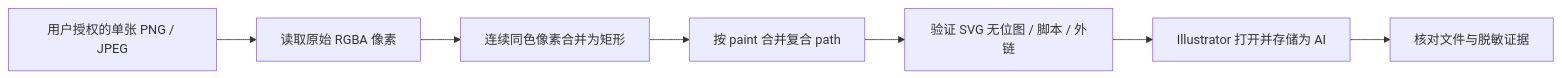
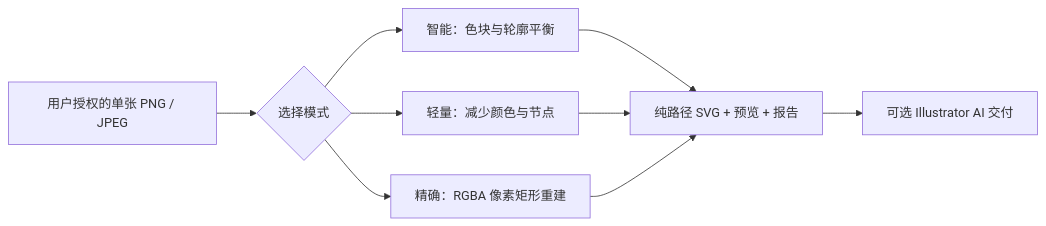
One commit to jianbaorui07-dot/Codex-Integration-with-Creative-Industry-Software changed the first of 2 diagrams in README.md. Above: the diagram before and after it, drawn with Mermaid. The commit also changed other lines of this file and 20 other files, not shown here.

````diff
--- a/README.md
+++ b/README.md
@@ -14,9 +14,11 @@
 ```mermaid
 flowchart LR
-  A["用户授权的单张 PNG / JPEG"] --> B["读取原始 RGBA 像素"]
-  B --> C["连续同色像素合并为矩形"]
-  C --> D["按 paint 合并复合 path"]
-  D --> E["验证 SVG 无位图 / 脚本 / 外链"]
-  E --> F["Illustrator 打开并存储为 AI"]
-  F --> G["核对文件与脱敏证据"]
+  A["用户授权的单张 PNG / JPEG"] --> B{"选择模式"}
+  B --> C["智能：色块与轮廓平衡"]
+  B --> D["轻量：减少颜色与节点"]
+  B --> E["精确：RGBA 像素矩形重建"]
+  C --> F["纯路径 SVG + 预览 + 报告"]
+  D --> F
+  E --> F
+  F --> G["可选 Illustrator AI 交付"]
 ```
````
